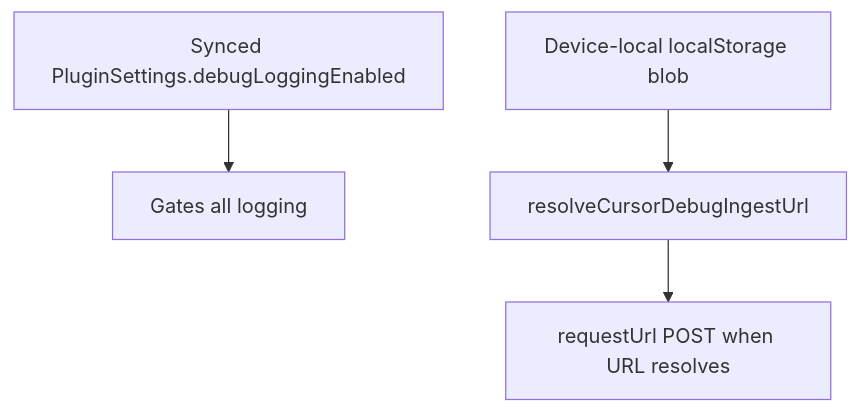
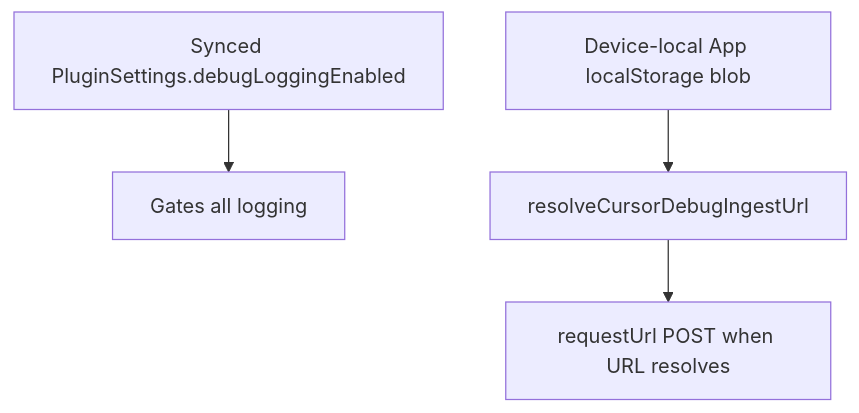
The second of 2 diagrams in docs/cursor-debug-ingest.md (daledesilva/obsidian-dropbox-sync), drawn with Mermaid before and after one commit. The commit also changed other lines of this file and 14 other files, not shown here.

Commit message:
updated: Keyed sync IndexedDB by vaultInstanceId and moved device prefs to App localStorage so same-named vaults no longer share sync history. Added structured sync-monitor tags for delete and cursor investigations during the same persistence pass.

````diff
--- a/docs/cursor-debug-ingest.md
+++ b/docs/cursor-debug-ingest.md
@@ -63,8 +63,8 @@
 ```mermaid
 flowchart TB
   Synced["Synced PluginSettings.debugLoggingEnabled"]
-  Device["Device-local localStorage blob"]
+  Device["Device-local App localStorage blob"]
   Synced --> GateLog["Gates all logging"]
   Device --> ResolveUrl["resolveCursorDebugIngestUrl"]
   ResolveUrl --> Post["requestUrl POST when URL resolves"]
 ```
````
